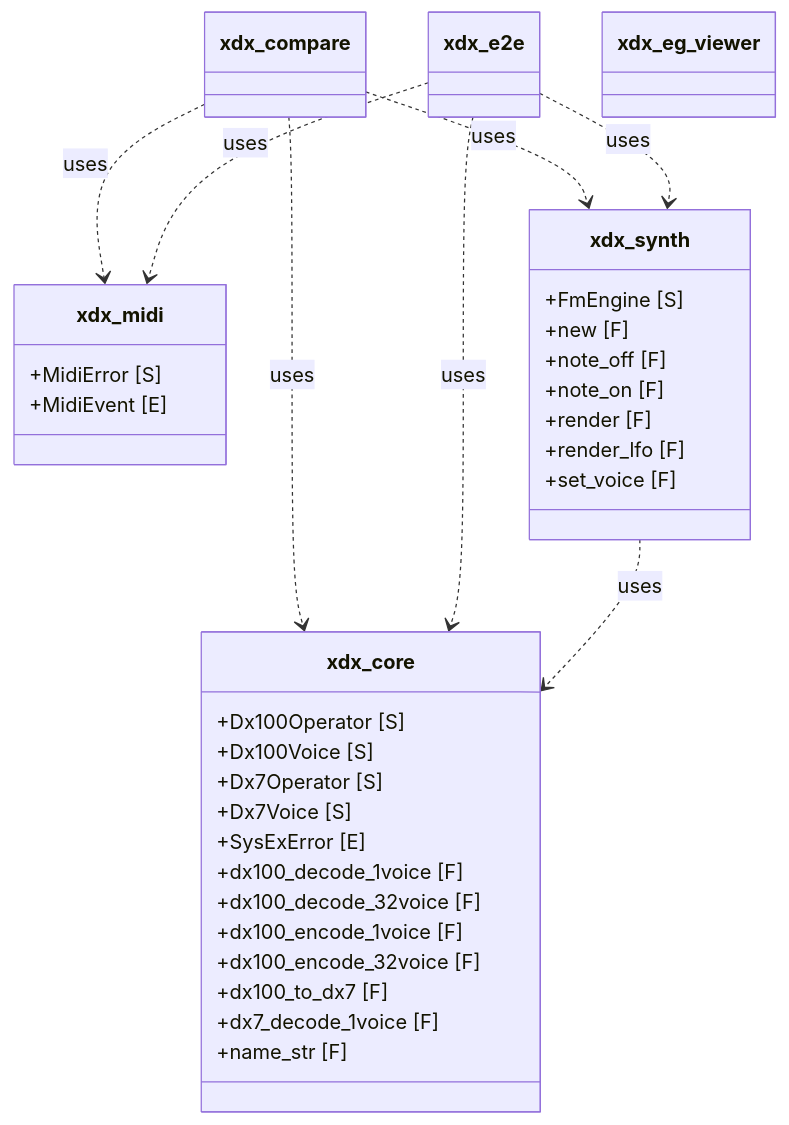
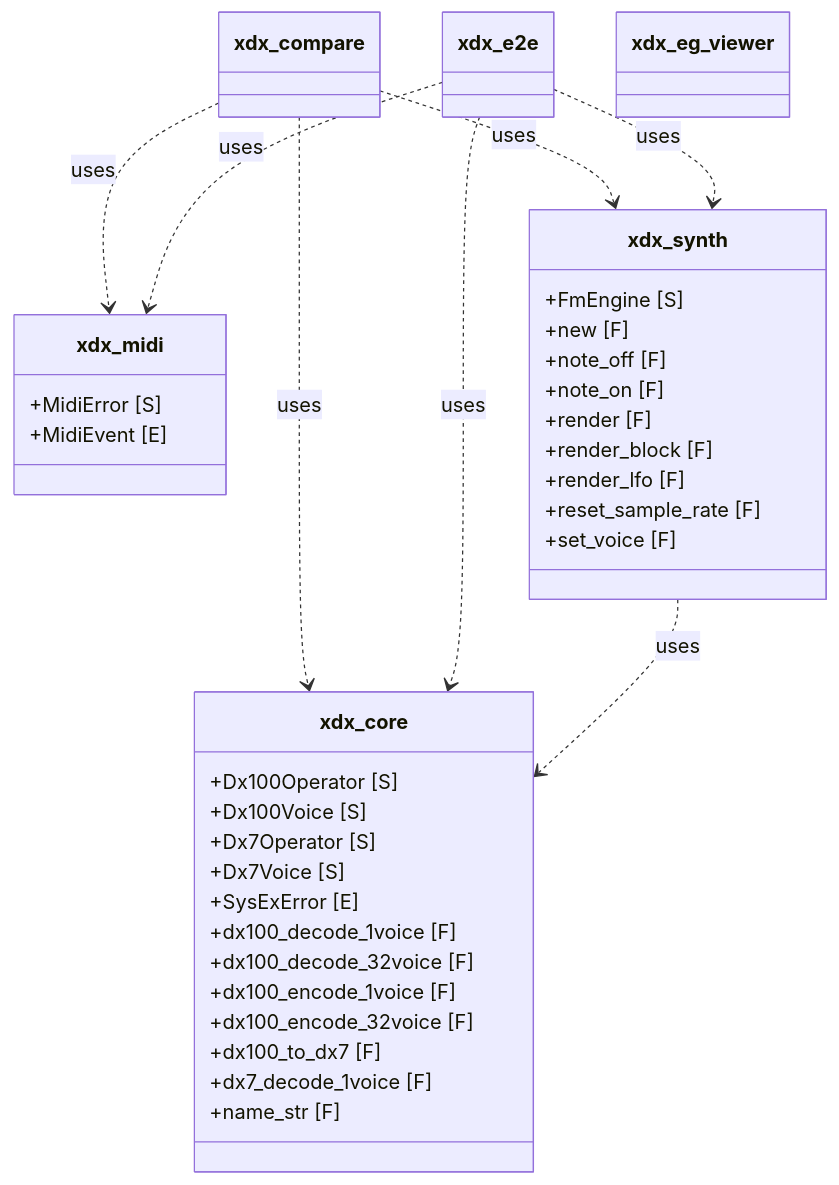
One commit to wurly200a/xdx-rs changed the diagram in docs/architecture-validation.md. Above: the diagram before and after it, drawn with Mermaid. The commit also changed 3 other files, not shown here.

````diff
--- a/docs/architecture-validation.md
+++ b/docs/architecture-validation.md
@@ -6,41 +6,43 @@
 ```mermaid
 classDiagram
     class xdx_compare
     class xdx_core {
         +Dx100Operator [S]
         +Dx100Voice [S]
         +Dx7Operator [S]
         +Dx7Voice [S]
         +SysExError [E]
         +dx100_decode_1voice [F]
         +dx100_decode_32voice [F]
         +dx100_encode_1voice [F]
         +dx100_encode_32voice [F]
         +dx100_to_dx7 [F]
         +dx7_decode_1voice [F]
         +name_str [F]
     }
     class xdx_e2e
     class xdx_eg_viewer
     class xdx_midi {
         +MidiError [S]
         +MidiEvent [E]
     }
     class xdx_synth {
         +FmEngine [S]
         +new [F]
         +note_off [F]
         +note_on [F]
         +render [F]
+        +render_block [F]
         +render_lfo [F]
+        +reset_sample_rate [F]
         +set_voice [F]
     }
 
     xdx_compare ..> xdx_core : uses
     xdx_compare ..> xdx_midi : uses
     xdx_compare ..> xdx_synth : uses
     xdx_e2e ..> xdx_core : uses
     xdx_e2e ..> xdx_midi : uses
     xdx_e2e ..> xdx_synth : uses
     xdx_synth ..> xdx_core : uses
 ```
````
